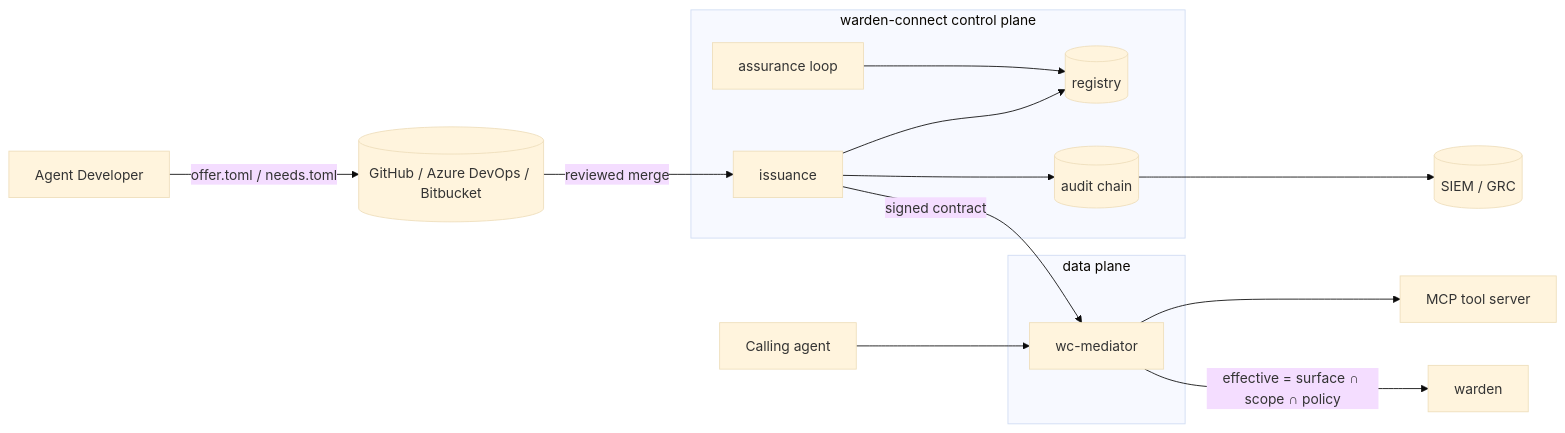
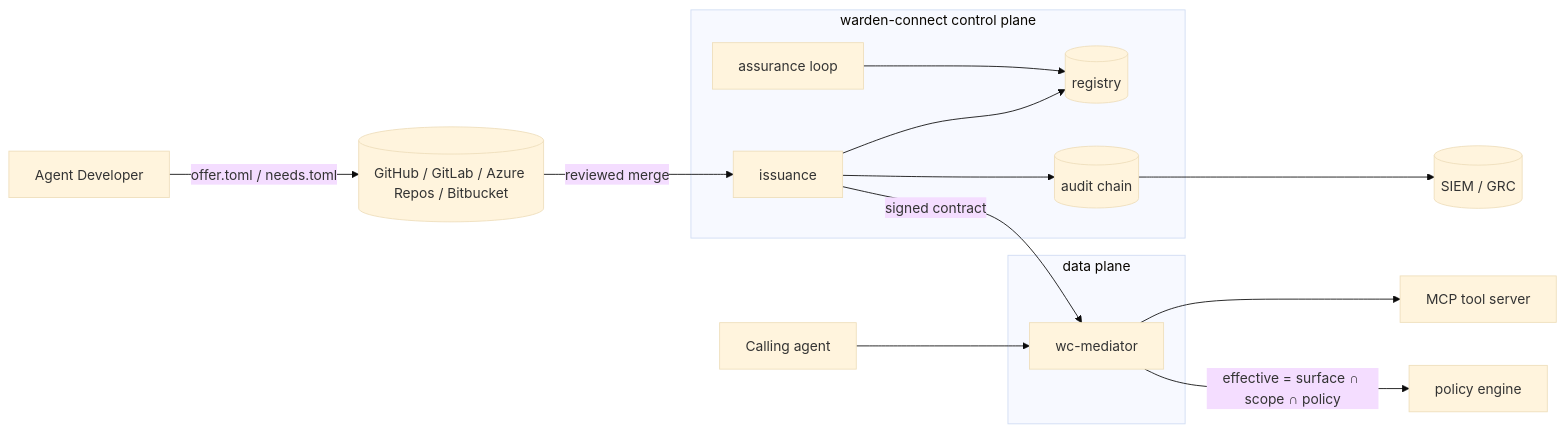
Before and after one commit to vijayvedula/warden-connect: the diagram in docs/diagrams/hld-1.mmd, drawn with Mermaid (base theme). The commit also changed 7 other files, not shown here.

```diff
--- a/docs/diagrams/hld-1.mmd
+++ b/docs/diagrams/hld-1.mmd
@@ -1,20 +1,20 @@
 flowchart LR
     subgraph Control["warden-connect control plane"]
         REG[(registry)]
         ISS[issuance]
         ASR[assurance loop]
         CHN[(audit chain)]
     end
     subgraph Data["data plane"]
         MED[wc-mediator]
     end
-    DEV[Agent Developer] -->|offer.toml / needs.toml| SCM[(GitHub / Azure DevOps / Bitbucket)]
+    DEV[Agent Developer] -->|offer.toml / needs.toml| SCM[(GitHub / GitLab / Azure Repos / Bitbucket)]
     SCM -->|reviewed merge| ISS
     ISS -->|signed contract| MED
     ISS --> REG
     ASR --> REG
     ISS --> CHN
     AGENT[Calling agent] --> MED
     MED --> SRV[MCP tool server]
-    MED -->|effective = surface ∩ scope ∩ policy| WARDEN[warden]
+    MED -->|effective = surface ∩ scope ∩ policy| PDP[policy engine]
     CHN --> SIEM[(SIEM / GRC)]
```
